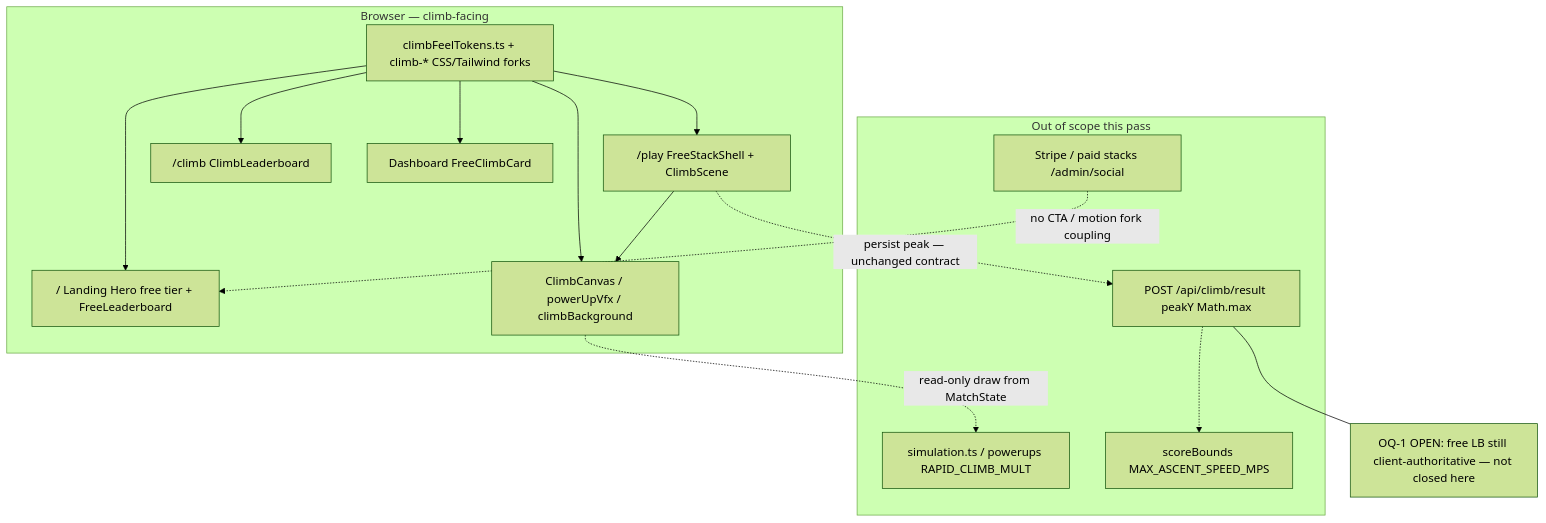
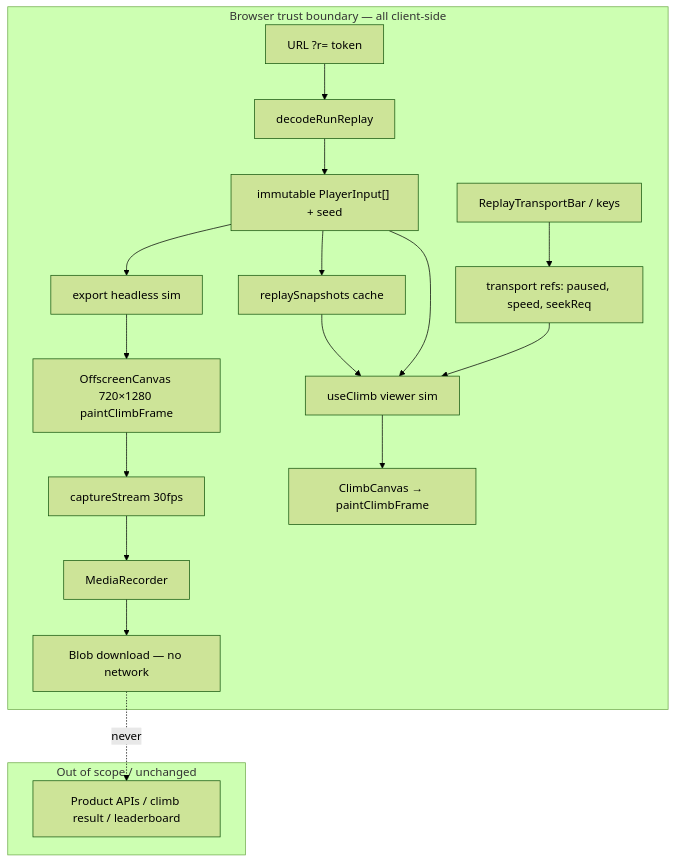
One commit to leeran7/building-blocks changed the diagram in loop/architecture.md. Above: the diagram before and after it, drawn with Mermaid (forest theme). The commit also changed other lines of this file and 58 other files, not shown here.

First line of the commit message:
Share exported climb video immediately (skip download when shareable) (#85)

````diff
--- a/loop/architecture.md
+++ b/loop/architecture.md
@@ -46,32 +59,22 @@
 ```mermaid
 flowchart TB
-  subgraph Client["Browser — climb-facing"]
-    Play["/play FreeStackShell + ClimbScene"]
-    ClimbLB["/climb ClimbLeaderboard"]
-    Landing["/ Landing Hero free tier + FreeLeaderboard"]
-    Dash["Dashboard FreeClimbCard"]
-    Tokens["climbFeelTokens.ts + climb-* CSS/Tailwind forks"]
-    Canvas["ClimbCanvas / powerUpVfx / climbBackground"]
-    Play --> Canvas
-    Tokens --> Play
-    Tokens --> ClimbLB
-    Tokens --> Landing
-    Tokens --> Dash
-    Tokens --> Canvas
+  subgraph Browser["Browser trust boundary — all client-side"]
+    Token["URL ?r= token"] --> Decode["decodeRunReplay"]
+    Decode --> Inputs["immutable PlayerInput[] + seed"]
+    Inputs --> Viewer["useClimb viewer sim"]
+    Inputs --> Snap["replaySnapshots cache"]
+    Inputs --> ExportSim["export headless sim"]
+    UI["ReplayTransportBar / keys"] --> Ctrl["transport refs: paused, speed, seekReq"]
+    Ctrl --> Viewer
+    Snap --> Viewer
+    Viewer --> PaintOn["ClimbCanvas → paintClimbFrame"]
+    ExportSim --> PaintOff["OffscreenCanvas 720×1280 paintClimbFrame"]
+    PaintOff --> Stream["captureStream 30fps"]
+    Stream --> MR["MediaRecorder"]
+    MR --> Blob["Blob download — no network"]
   end
-
-  subgraph Frozen["Out of scope this pass"]
-    Sim["simulation.ts / powerups RAPID_CLIMB_MULT"]
-    Bounds["scoreBounds MAX_ASCENT_SPEED_MPS"]
-    API["POST /api/climb/result peakY Math.max"]
-    Paid["Stripe / paid stacks /admin/social"]
+  subgraph OutOfScope["Out of scope / unchanged"]
+    API["Product APIs / climb result / leaderboard"]
   end
-
-  Canvas -.->|"read-only draw from MatchState"| Sim
-  Play -.->|"persist peak — unchanged contract"| API
-  API -.-> Bounds
-  Paid -.->|"no CTA / motion fork coupling"| Landing
-
-  TrustBoundary["OQ-1 OPEN: free LB still client-authoritative — not closed here"]
-  API --- TrustBoundary
+  Blob -.->|never| API
 ```
````
